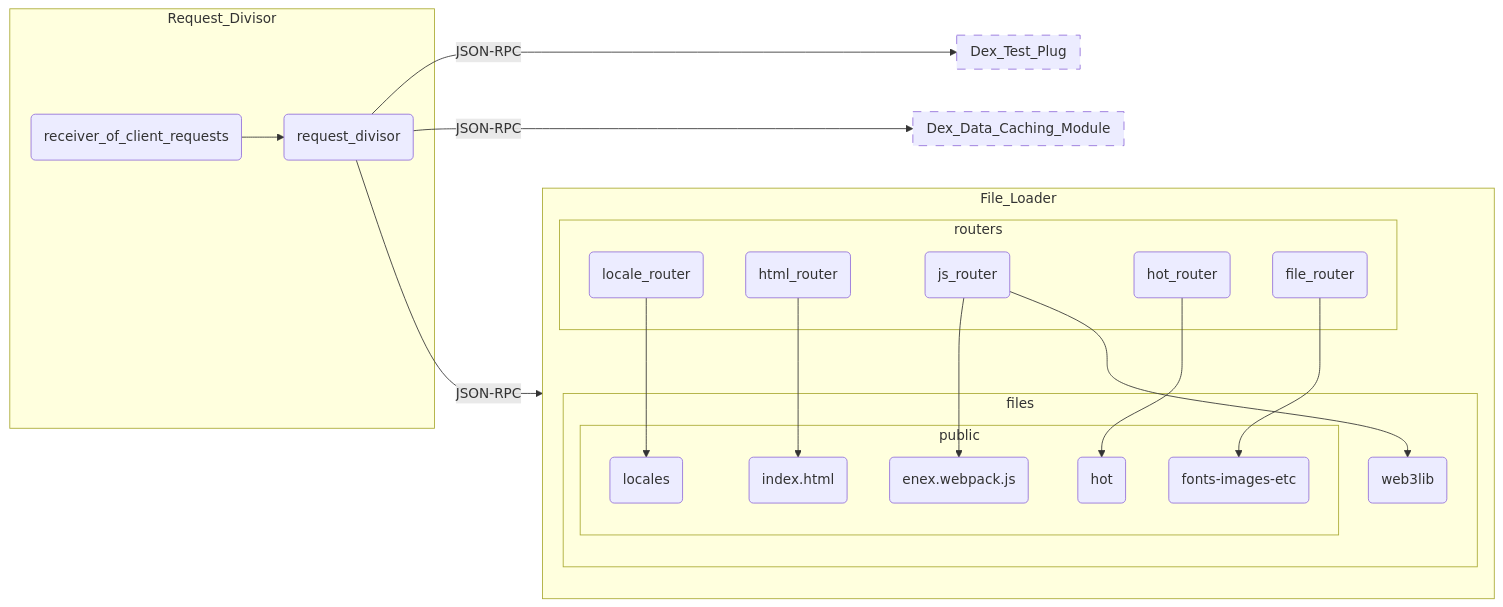
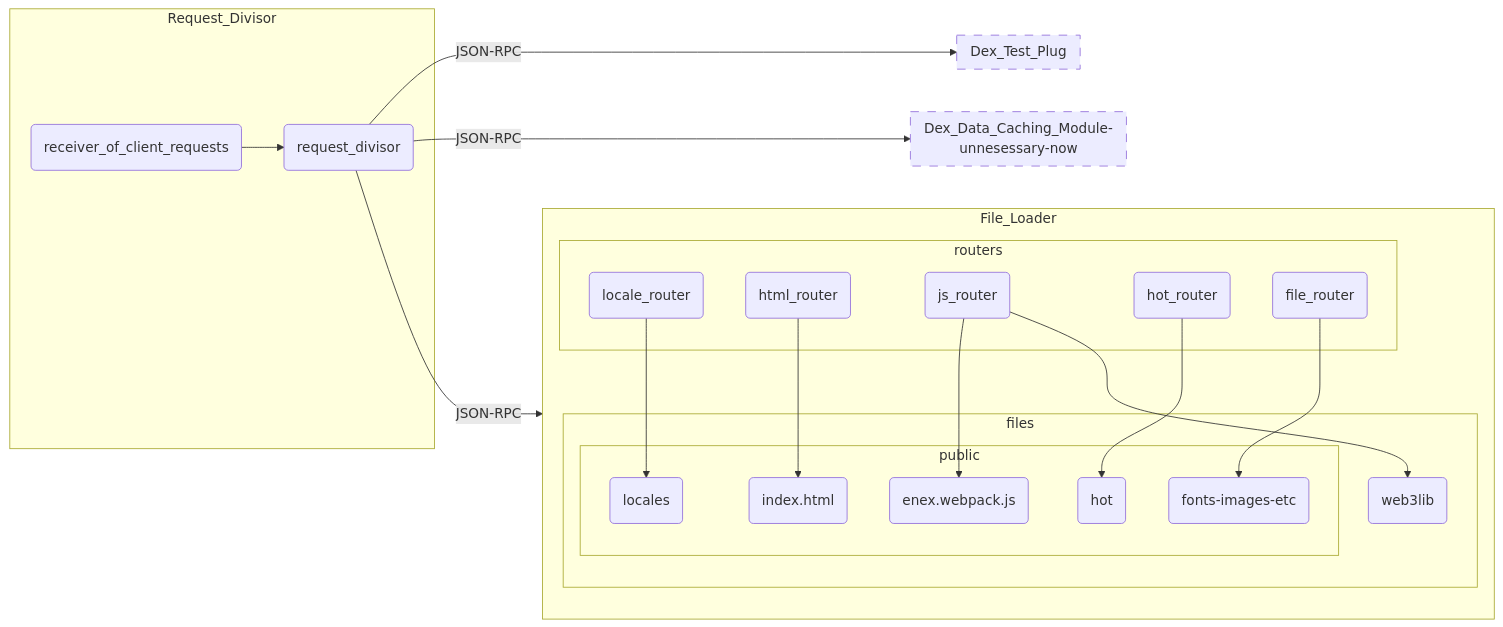
One commit to Enecuum/dex-ui changed the diagram in server_structure.md. Above: the diagram before and after it, drawn with Mermaid. The commit also changed 4 other files, not shown here.

````diff
--- a/server_structure.md
+++ b/server_structure.md
@@ -1,49 +1,49 @@
 ```mermaid
     flowchart LR
         subgraph Request_Divisor 
             rcr(receiver_of_client_requests)
             rd(request_divisor)
             rcr --> rd
         end
 
         subgraph File_Loader
             subgraph routers
                 lr(locale_router)
                 htmlr(html_router)
                 jsr(js_router)
                 fr(file_router)
                 hr(hot_router)
             end
 
             subgraph files
                 subgraph public
                     enex.webpack.js
                     index.html
                     locales
                     fonts-images-etc
                     hot
                 end
                 web3lib
             end
         end
 
         subgraph Dex_Test_Plug
         end
 
-        subgraph Dex_Data_Сaching_Module
+        subgraph Dex_Data_Сaching_Module-unnesessary-now
         end
 
     lr      --> locales(locales)
     htmlr   --> index.html(index.html)
     jsr     --> enex.webpack.js(enex.webpack.js)
     jsr     --> web3lib(web3lib)
     hr      --> hot(hot)
     fr      --> fonts-images-etc(fonts-images-etc)
 
     rd -->|JSON-RPC| File_Loader
     rd -->|JSON-RPC| Dex_Test_Plug
-    rd -->|JSON-RPC| Dex_Data_Сaching_Module
+    rd -->|JSON-RPC| Dex_Data_Сaching_Module-unnesessary-now
 
-    style Dex_Data_Сaching_Module stroke-width:1px, stroke-dasharray: 10 10
+    style Dex_Data_Сaching_Module-unnesessary-now stroke-width:1px, stroke-dasharray: 10 10
     style Dex_Test_Plug stroke-width:1px, stroke-dasharray: 10 10
 ```
````
